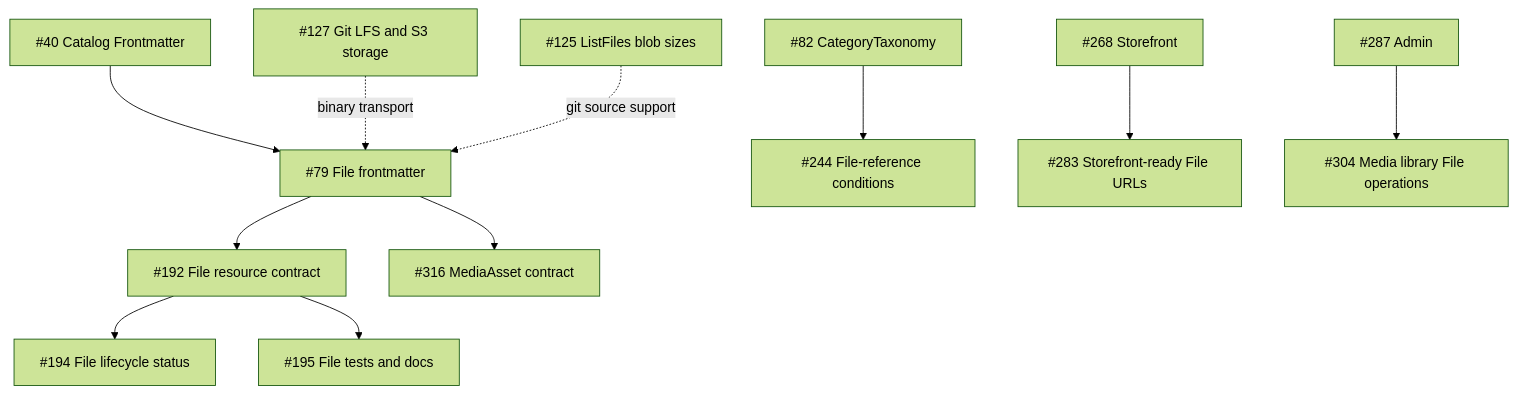
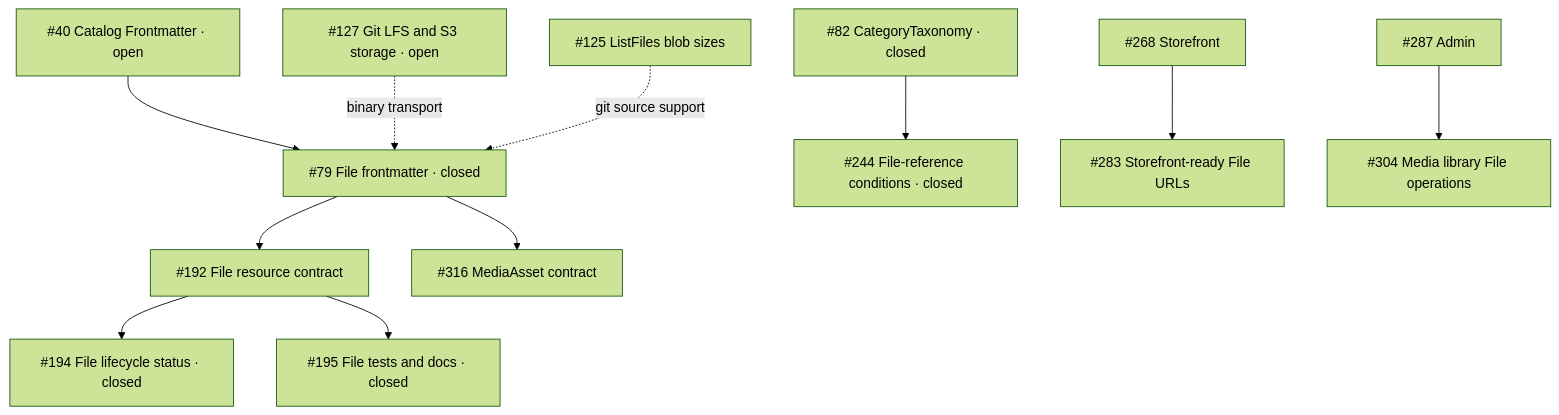
Before and after one commit to gitstore-dev/GitStore: the first of 4 diagrams in docs/implementation/034-file-media-lifecycle-architecture.md, drawn with Mermaid (forest theme). The commit also changed other lines of this file and 2 other files, not shown here.

Commit message:
feat(graphql): enhance File schema with new selectors and lifecycle details

````diff
--- a/docs/implementation/034-file-media-lifecycle-architecture.md
+++ b/docs/implementation/034-file-media-lifecycle-architecture.md
@@ -75,15 +119,15 @@
 ```mermaid
 flowchart TD
-    I40["#40 Catalog Frontmatter"] --> I79["#79 File frontmatter"]
+    I40["#40 Catalog Frontmatter · open"] --> I79["#79 File frontmatter · closed"]
     I79 --> I192["#192 File resource contract"]
-    I192 --> I194["#194 File lifecycle status"]
-    I192 --> I195["#195 File tests and docs"]
+    I192 --> I194["#194 File lifecycle status · closed"]
+    I192 --> I195["#195 File tests and docs · closed"]
     I79 --> I316["#316 MediaAsset contract"]
 
-    I82["#82 CategoryTaxonomy"] --> I244["#244 File-reference conditions"]
+    I82["#82 CategoryTaxonomy · closed"] --> I244["#244 File-reference conditions · closed"]
     I268["#268 Storefront"] --> I283["#283 Storefront-ready File URLs"]
     I287["#287 Admin"] --> I304["#304 Media library File operations"]
 
-    I127["#127 Git LFS and S3 storage"] -. binary transport .-> I79
+    I127["#127 Git LFS and S3 storage · open"] -. binary transport .-> I79
     I125["#125 ListFiles blob sizes"] -. git source support .-> I79
 ```
````
